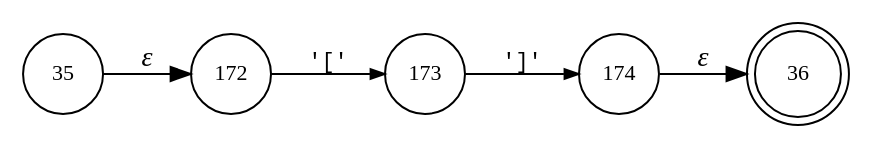
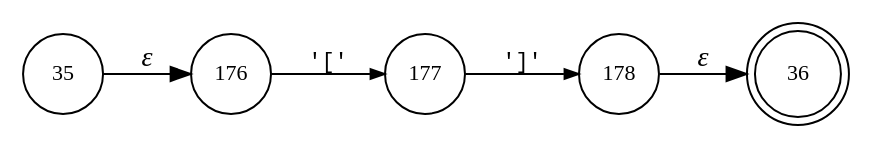
One commit to vulogov/Bund2 changed the diagram in internal/parser/BundLexer.T__17.dot. Above: the diagram before and after it, drawn with Graphviz. The commit also changed 205 other files, not shown here.

```diff
--- a/internal/parser/BundLexer.T__17.dot
+++ b/internal/parser/BundLexer.T__17.dot
@@ -1,12 +1,12 @@
 digraph ATN {
 rankdir=LR;
 s36[fontsize=11, label="36", shape=doublecircle, fixedsize=true, width=.6];
+s176[fontsize=11,label="176", shape=circle, fixedsize=true, width=.55, peripheries=1];
+s177[fontsize=11,label="177", shape=circle, fixedsize=true, width=.55, peripheries=1];
+s178[fontsize=11,label="178", shape=circle, fixedsize=true, width=.55, peripheries=1];
 s35[fontsize=11,label="35", shape=circle, fixedsize=true, width=.55, peripheries=1];
-s172[fontsize=11,label="172", shape=circle, fixedsize=true, width=.55, peripheries=1];
-s173[fontsize=11,label="173", shape=circle, fixedsize=true, width=.55, peripheries=1];
-s174[fontsize=11,label="174", shape=circle, fixedsize=true, width=.55, peripheries=1];
-s35 -> s172 [fontname="Times-Italic", label="&epsilon;"];
-s172 -> s173 [fontsize=11, fontname="Courier", arrowsize=.7, label = "'['", arrowhead = normal];
-s173 -> s174 [fontsize=11, fontname="Courier", arrowsize=.7, label = "']'", arrowhead = normal];
-s174 -> s36 [fontname="Times-Italic", label="&epsilon;"];
+s35 -> s176 [fontname="Times-Italic", label="&epsilon;"];
+s176 -> s177 [fontsize=11, fontname="Courier", arrowsize=.7, label = "'['", arrowhead = normal];
+s177 -> s178 [fontsize=11, fontname="Courier", arrowsize=.7, label = "']'", arrowhead = normal];
+s178 -> s36 [fontname="Times-Italic", label="&epsilon;"];
 }
```
